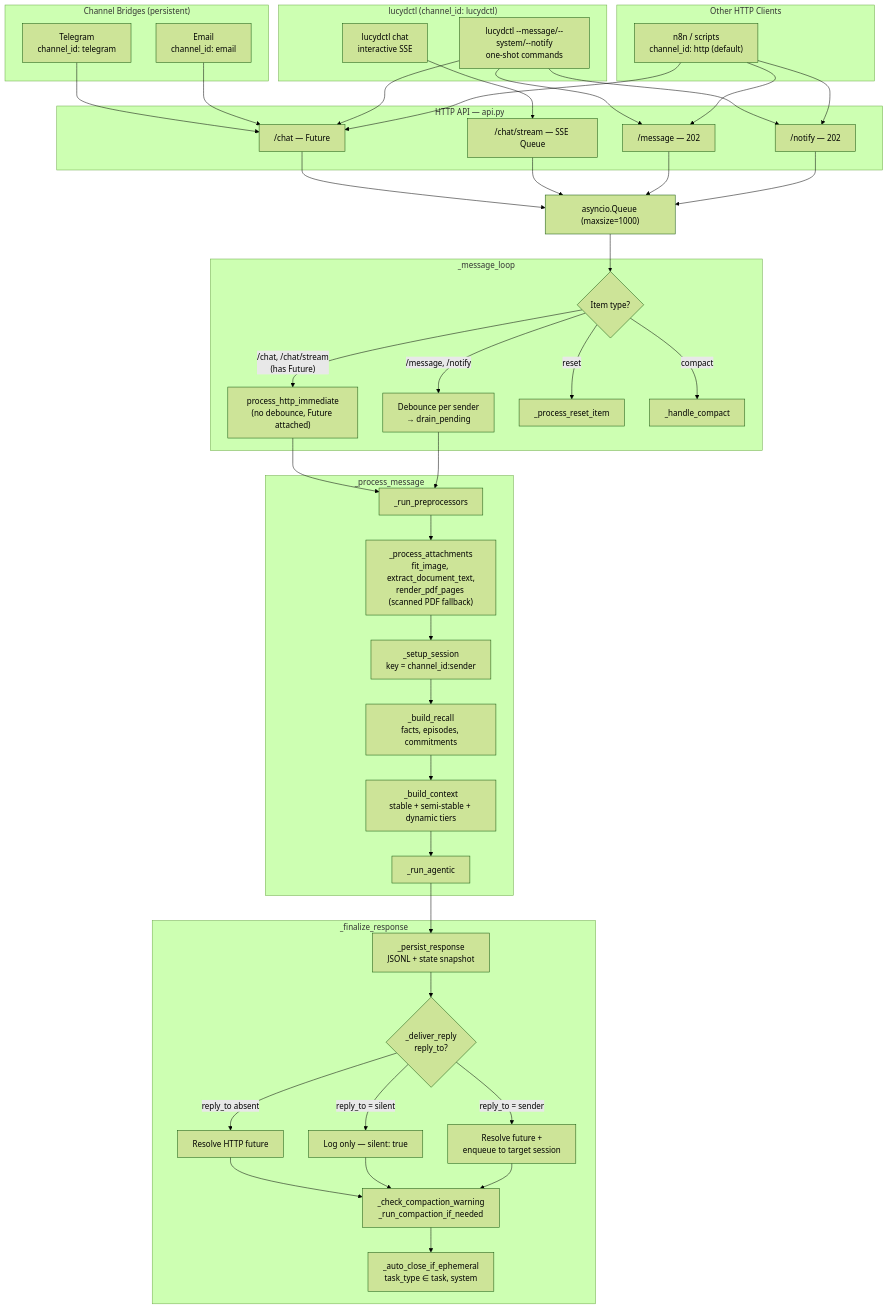
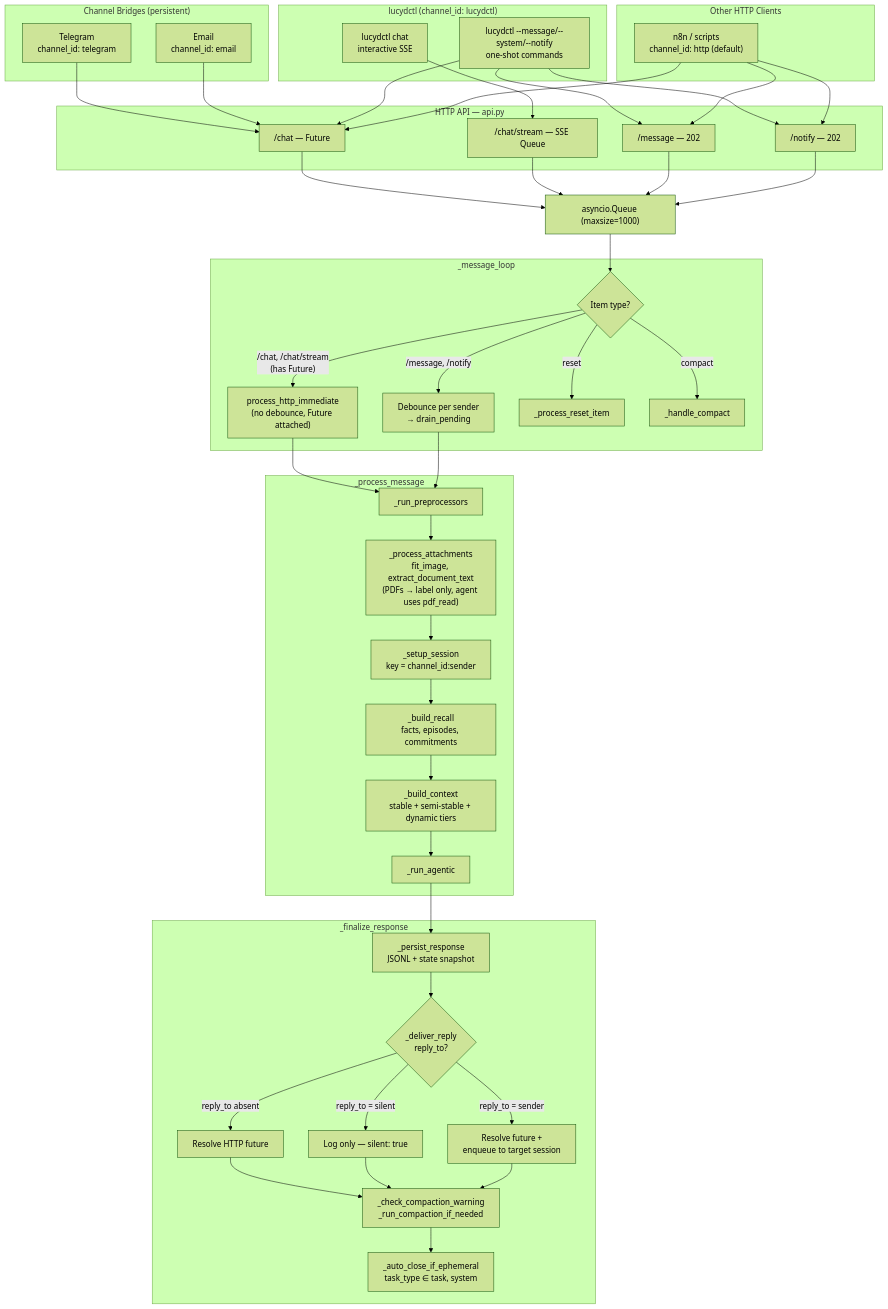
One commit to nicolasforstinger/lucyd changed the first of 10 diagrams in docs/diagrams.md. Above: the diagram before and after it, drawn with Mermaid (forest theme). The commit also changed 24 other files, not shown here.

````diff
--- a/docs/diagrams.md
+++ b/docs/diagrams.md
@@ -33,75 +33,75 @@
 ```mermaid
 flowchart TD
     subgraph Bridges["Channel Bridges (persistent)"]
         TG["Telegram<br/>channel_id: telegram"]
         EMAIL["Email<br/>channel_id: email"]
     end
 
     subgraph CLI["lucydctl (channel_id: lucydctl)"]
         CHAT_MODE["lucydctl chat<br/>interactive SSE"]
         CMD["lucydctl --message/--system/--notify<br/>one-shot commands"]
     end
 
     subgraph Other["Other HTTP Clients"]
         N8N["n8n / scripts<br/>channel_id: http (default)"]
     end
 
     subgraph API["HTTP API — api.py"]
         CHAT["/chat — Future"]
         STREAM["/chat/stream — SSE Queue"]
         MSG["/message — 202"]
         NOTIFY["/notify — 202"]
     end
 
     Q["asyncio.Queue (maxsize=1000)"]
 
     subgraph Loop["_message_loop"]
         TYPE{"Item type?"}
         IMMEDIATE["process_http_immediate<br/>(no debounce, Future attached)"]
         DEB["Debounce per sender<br/>→ drain_pending"]
         RESET["_process_reset_item"]
         COMPACT["_handle_compact"]
     end
 
     subgraph Process["_process_message"]
         PREPROC["_run_preprocessors"]
-        ATTACH["_process_attachments<br/>fit_image, extract_document_text,<br/>render_pdf_pages (scanned PDF fallback)"]
+        ATTACH["_process_attachments<br/>fit_image, extract_document_text<br/>(PDFs → label only, agent uses pdf_read)"]
         SETUP["_setup_session<br/>key = channel_id:sender"]
         RECALL["_build_recall<br/>facts, episodes, commitments"]
         BUILD["_build_context<br/>stable + semi-stable + dynamic tiers"]
         RUN["_run_agentic"]
     end
 
     subgraph Finalize["_finalize_response"]
         PERSIST["_persist_response<br/>JSONL + state snapshot"]
         DELIVER{"_deliver_reply<br/>reply_to?"}
         DEFAULT["Resolve HTTP future"]
         SILENT["Log only — silent: true"]
         REDIRECT["Resolve future +<br/>enqueue to target session"]
         COMPACT_CHECK["_check_compaction_warning<br/>_run_compaction_if_needed"]
         AUTOCLOSE["_auto_close_if_ephemeral<br/>task_type ∈ task, system"]
     end
 
     TG --> CHAT
     EMAIL --> CHAT
     CHAT_MODE --> STREAM
     CMD --> CHAT & MSG & NOTIFY
     N8N --> CHAT & MSG & NOTIFY
 
     CHAT & STREAM --> Q
     MSG & NOTIFY --> Q
     Q --> TYPE
     TYPE -->|"/chat, /chat/stream<br/>(has Future)"| IMMEDIATE
     TYPE -->|"/message, /notify"| DEB
     TYPE -->|reset| RESET
     TYPE -->|compact| COMPACT
 
     IMMEDIATE --> PREPROC
     DEB --> PREPROC
     PREPROC --> ATTACH --> SETUP --> RECALL --> BUILD --> RUN
     RUN --> PERSIST --> DELIVER
     DELIVER -->|"reply_to absent"| DEFAULT --> COMPACT_CHECK
     DELIVER -->|"reply_to = silent"| SILENT --> COMPACT_CHECK
     DELIVER -->|"reply_to = sender"| REDIRECT --> COMPACT_CHECK
     COMPACT_CHECK --> AUTOCLOSE
 ```
````
